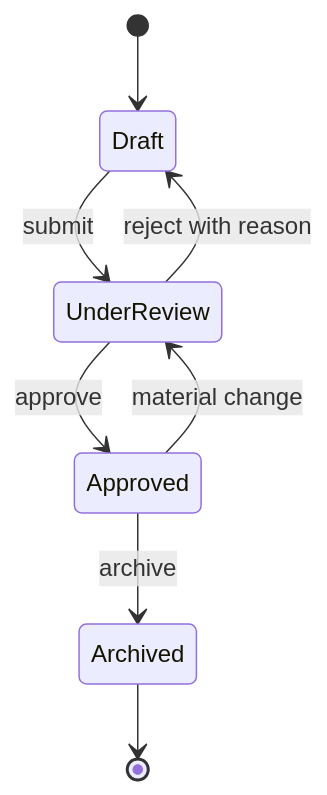
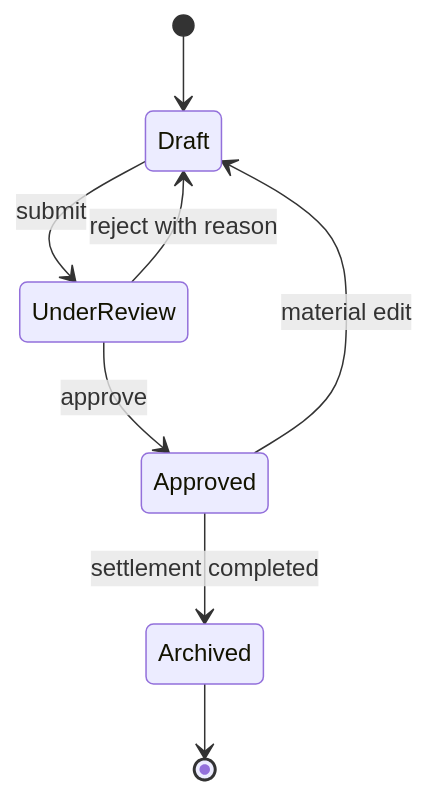
One commit to klisman99/collectors-auction-platform changed the third of 6 diagrams in docs/domain/state-machines.md. Above: the diagram before and after it, drawn with Mermaid. The commit also changed other lines of this file and 17 other files, not shown here.

```diff
--- a/docs/domain/state-machines.md
+++ b/docs/domain/state-machines.md
@@ -7,10 +32,10 @@
 ~~~mermaid
 stateDiagram-v2
     [*] --> Draft
     Draft --> UnderReview: submit
     UnderReview --> Approved: approve
     UnderReview --> Draft: reject with reason
-    Approved --> UnderReview: material change
-    Approved --> Archived: archive
+    Approved --> Draft: material edit
+    Approved --> Archived: settlement completed
     Archived --> [*]
 ~~~
```
